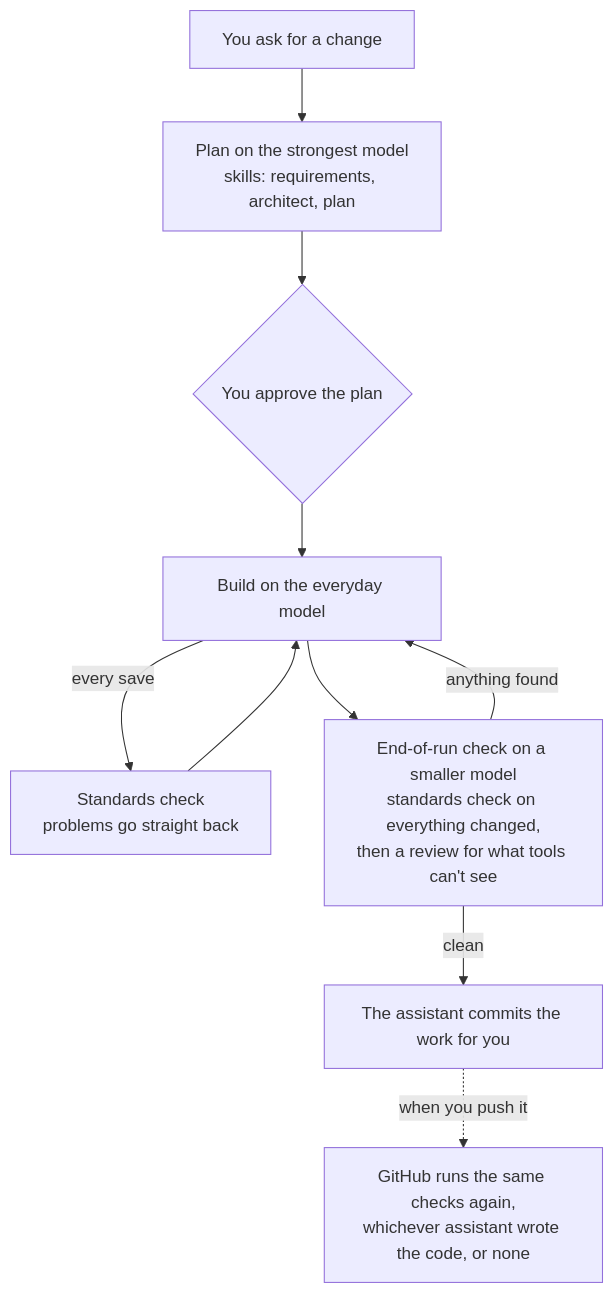
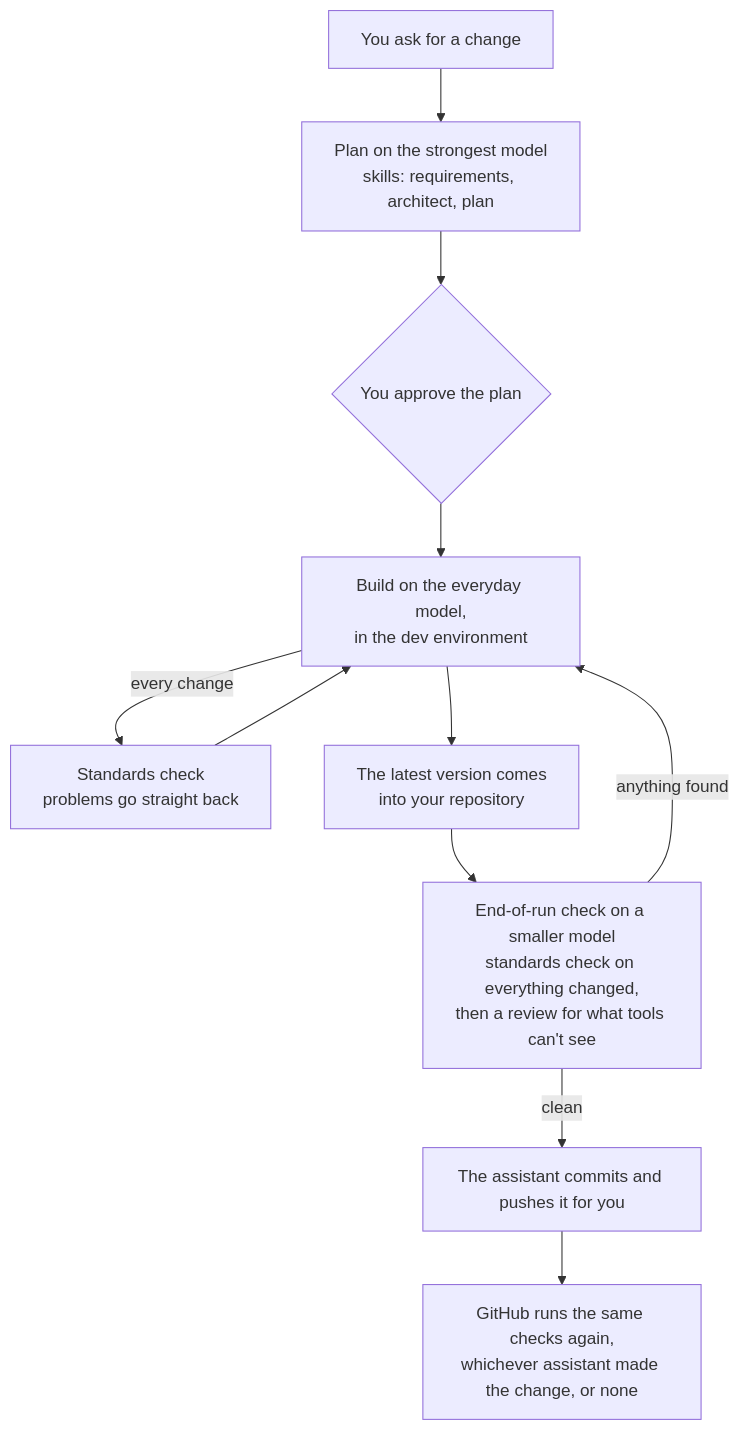
Before and after one commit to dbraben/lbbexley-ai-build-workshop: the second of 3 diagrams in instructions/01-how-the-harness-works.md, drawn with Mermaid. The commit also changed other lines of this file and 20 other files, not shown here.

Commit message:
Bexley AI build harness workshop 0.6.0: building in a dev environment

````diff
--- a/instructions/01-how-the-harness-works.md
+++ b/instructions/01-how-the-harness-works.md
@@ -31,12 +31,13 @@
 ```mermaid
 flowchart TD
     ask["You ask for a change"] --> plan["Plan on the strongest model<br/>skills: requirements, architect, plan"]
     plan --> approve{"You approve the plan"}
-    approve --> build["Build on the everyday model"]
-    build -- "every save" --> check["Standards check<br/>problems go straight back"]
+    approve --> build["Build on the everyday model,<br/>in the dev environment"]
+    build -- "every change" --> check["Standards check<br/>problems go straight back"]
     check --> build
-    build --> gate["End-of-run check on a smaller model<br/>standards check on everything changed,<br/>then a review for what tools can't see"]
+    build --> sync["The latest version comes<br/>into your repository"]
+    sync --> gate["End-of-run check on a smaller model<br/>standards check on everything changed,<br/>then a review for what tools can't see"]
     gate -- "anything found" --> build
-    gate -- "clean" --> save["The assistant commits the work for you"]
-    save -. "when you push it" .-> github["GitHub runs the same checks again,<br/>whichever assistant wrote the code, or none"]
+    gate -- "clean" --> save["The assistant commits and pushes it for you"]
+    save --> github["GitHub runs the same checks again,<br/>whichever assistant made the change, or none"]
 ```
````
